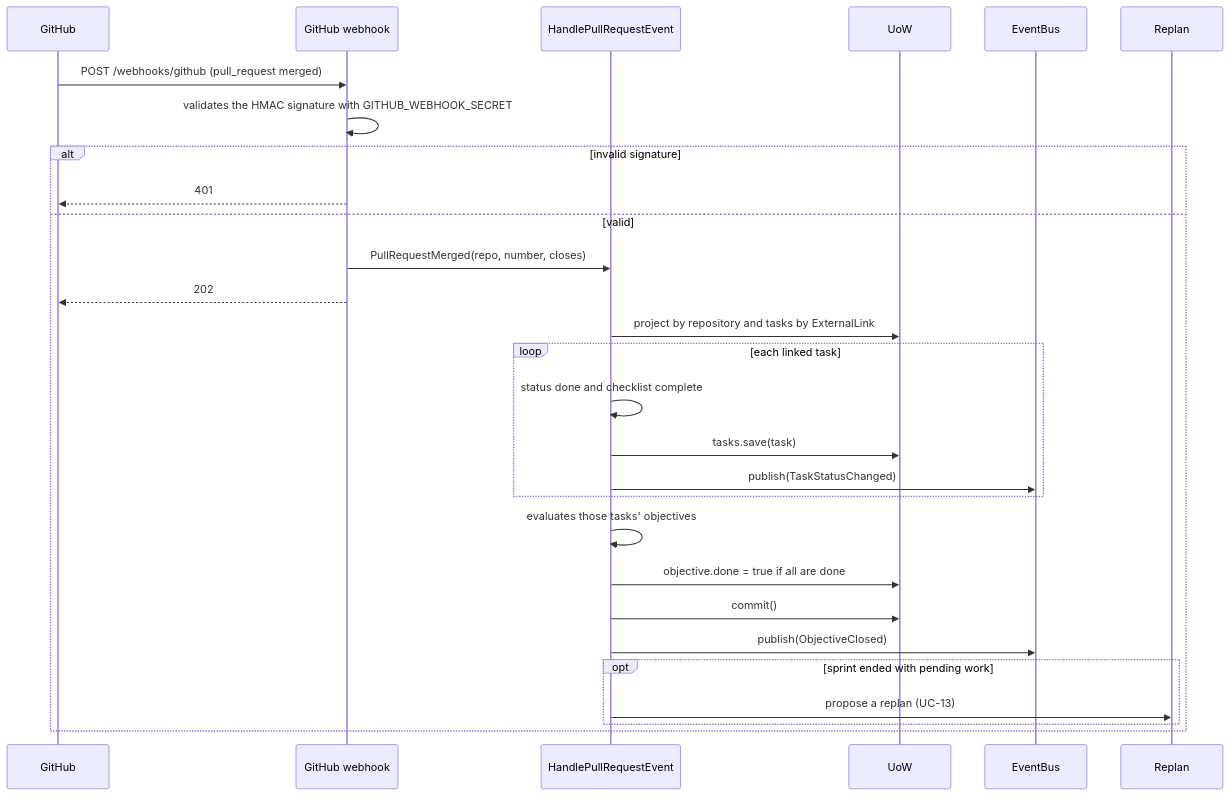
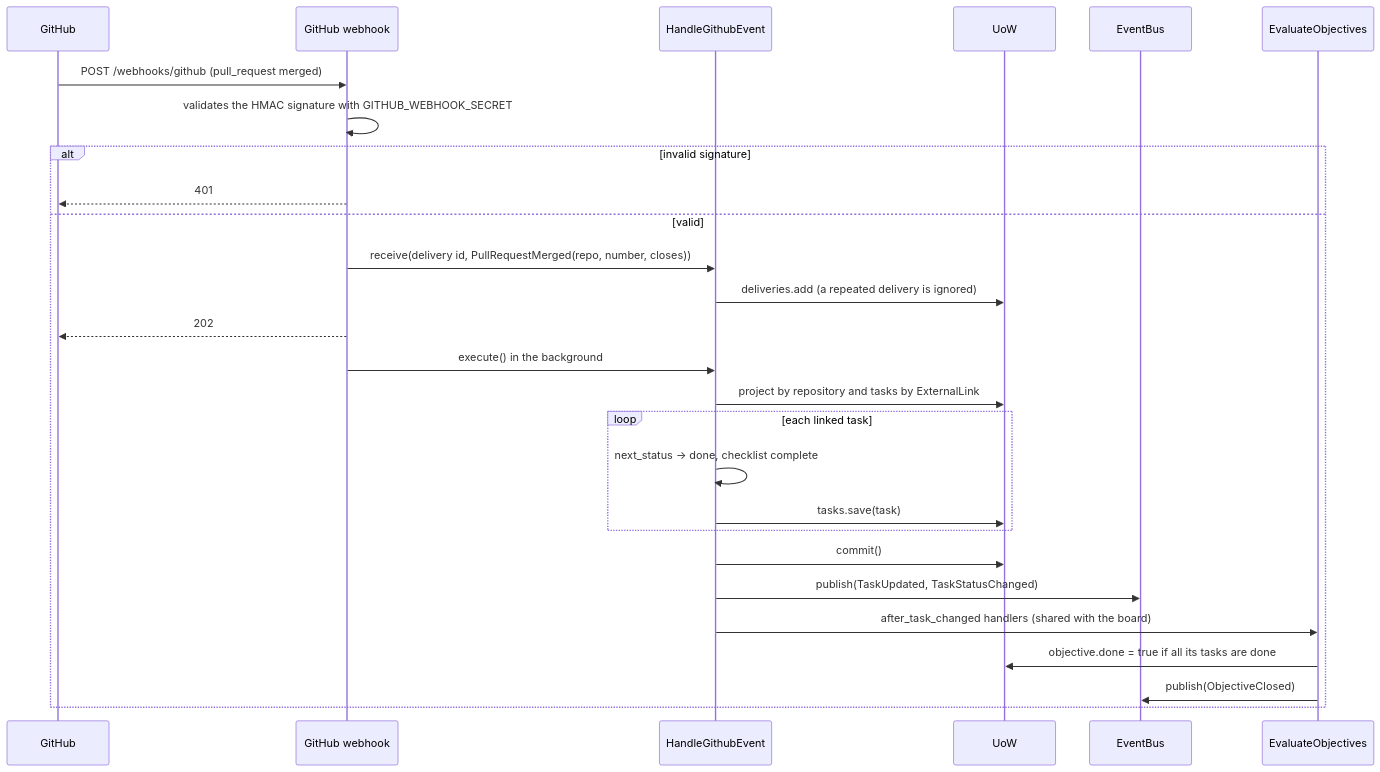
One commit to Mitchz01/TransparencIA changed diagram 16 of 18 in plan/use-cases.md. Above: the diagram before and after it, drawn with Mermaid. The commit also changed other lines of this file and 12 other files, not shown here.

````diff
--- a/plan/use-cases.md
+++ b/plan/use-cases.md
@@ -538,31 +540,30 @@
 ```mermaid
 sequenceDiagram
     participant GH as GitHub
     participant WH as GitHub webhook
-    participant UC as HandlePullRequestEvent
+    participant UC as HandleGithubEvent
     participant UoW
     participant Bus as EventBus
-    participant RP as Replan
+    participant EO as EvaluateObjectives
 
     GH->>WH: POST /webhooks/github (pull_request merged)
     WH->>WH: validates the HMAC signature with GITHUB_WEBHOOK_SECRET
     alt invalid signature
         WH-->>GH: 401
     else valid
-        WH->>UC: PullRequestMerged(repo, number, closes)
+        WH->>UC: receive(delivery id, PullRequestMerged(repo, number, closes))
+        UC->>UoW: deliveries.add (a repeated delivery is ignored)
         WH-->>GH: 202
+        WH->>UC: execute() in the background
         UC->>UoW: project by repository and tasks by ExternalLink
         loop each linked task
-            UC->>UC: status done and checklist complete
+            UC->>UC: next_status → done, checklist complete
             UC->>UoW: tasks.save(task)
-            UC->>Bus: publish(TaskStatusChanged)
         end
-        UC->>UC: evaluates those tasks' objectives
-        UC->>UoW: objective.done = true if all are done
         UC->>UoW: commit()
-        UC->>Bus: publish(ObjectiveClosed)
-        opt sprint ended with pending work
-            UC->>RP: propose a replan (UC-13)
-        end
+        UC->>Bus: publish(TaskUpdated, TaskStatusChanged)
+        UC->>EO: after_task_changed handlers (shared with the board)
+        EO->>UoW: objective.done = true if all its tasks are done
+        EO->>Bus: publish(ObjectiveClosed)
     end
 ```
````
